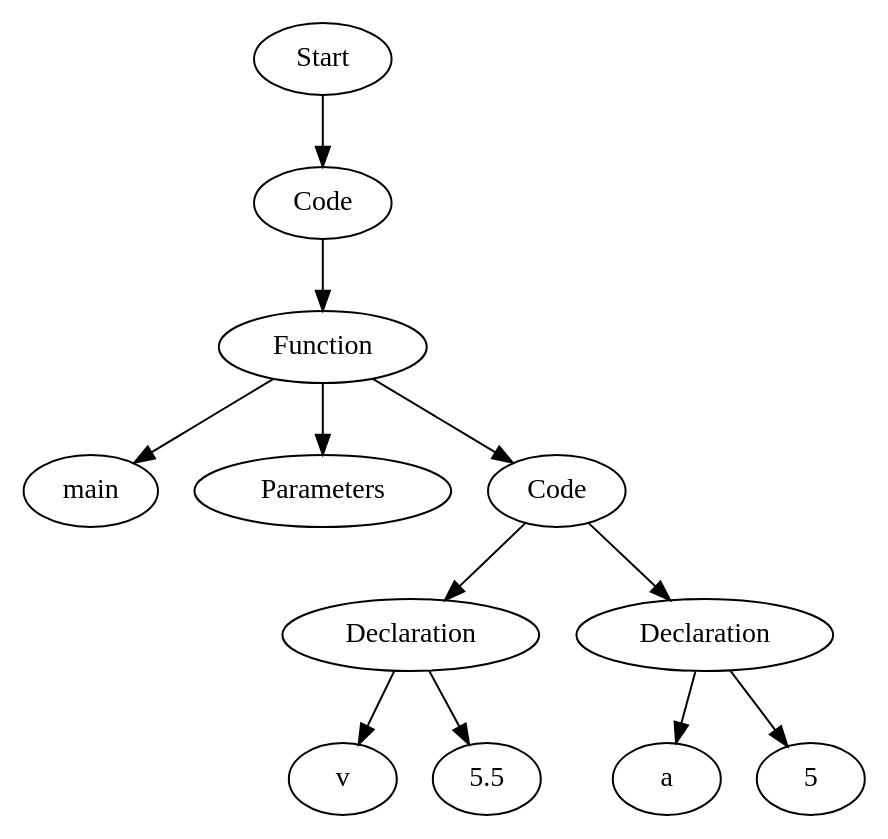
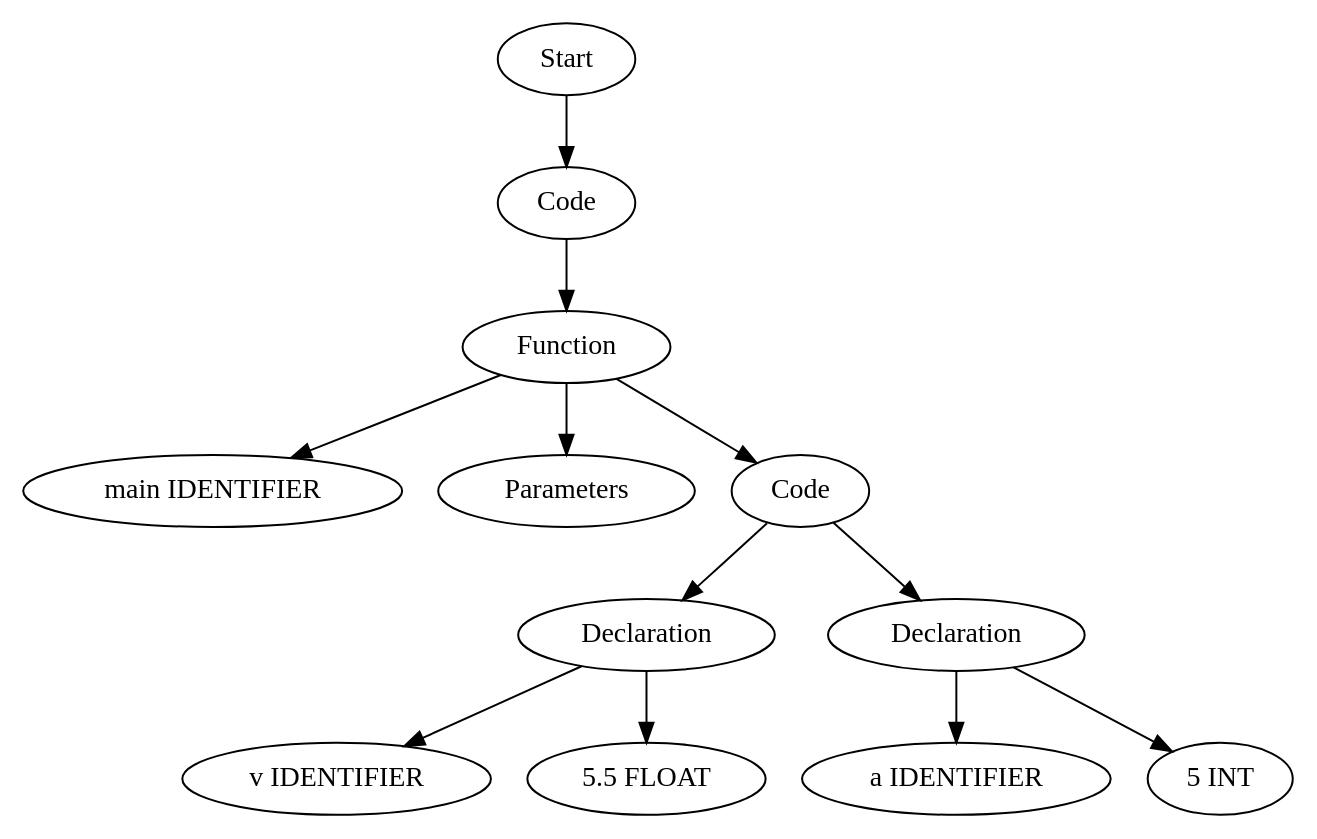
Before and after one commit to Are-you-listening/Compilers: the diagram in TestCases/ASTTests/ValueAdderTests/createTests/read_file_after.dot, drawn with Graphviz. The commit also changed 208 other files, not shown here.

```diff
--- a/TestCases/ASTTests/ValueAdderTests/createTests/read_file_after.dot
+++ b/TestCases/ASTTests/ValueAdderTests/createTests/read_file_after.dot
@@ -1,25 +1,25 @@
 digraph AST {
-  "134760312782224" [label="Start"];
-  "134760312782224" -> "134760312772864";
-  "134760312772864" [label="Code"];
-  "134760312772864" -> "134760312776656";
-  "134760312776656" [label="Function"];
-  "134760312776656" -> "134760312773488";
-  "134760312776656" -> "134760312774112";
-  "134760312776656" -> "134760312778048";
-  "134760312773488" [label="main"];
-  "134760312774112" [label="Parameters"];
-  "134760312778048" [label="Code"];
-  "134760312778048" -> "134760312777472";
-  "134760312778048" -> "134760312774880";
-  "134760312777472" [label="Declaration"];
-  "134760312777472" -> "134760312773920";
-  "134760312777472" -> "134760312781840";
-  "134760312773920" [label="v"];
-  "134760312781840" [label="5.5"];
-  "134760312774880" [label="Declaration"];
-  "134760312774880" -> "134760312781504";
-  "134760312774880" -> "134760312781552";
-  "134760312781504" [label="a"];
-  "134760312781552" [label="5"];
+  "130879418722736" [label="Start"];
+  "130879418722736" -> "130879418723216";
+  "130879418723216" [label="Code"];
+  "130879418723216" -> "130879418723312";
+  "130879418723312" [label="Function"];
+  "130879418723312" -> "130879418725232";
+  "130879418723312" -> "130879418715920";
+  "130879418723312" -> "130879418726192";
+  "130879418725232" [label="main IDENTIFIER"];
+  "130879418715920" [label="Parameters"];
+  "130879418726192" [label="Code"];
+  "130879418726192" -> "130879418712896";
+  "130879418726192" -> "130879418712656";
+  "130879418712896" [label="Declaration"];
+  "130879418712896" -> "130879418727056";
+  "130879418712896" -> "130879418722448";
+  "130879418727056" [label="v IDENTIFIER"];
+  "130879418722448" [label="5.5 FLOAT"];
+  "130879418712656" [label="Declaration"];
+  "130879418712656" -> "130879418722832";
+  "130879418712656" -> "130879418722976";
+  "130879418722832" [label="a IDENTIFIER"];
+  "130879418722976" [label="5 INT"];
 }
```
